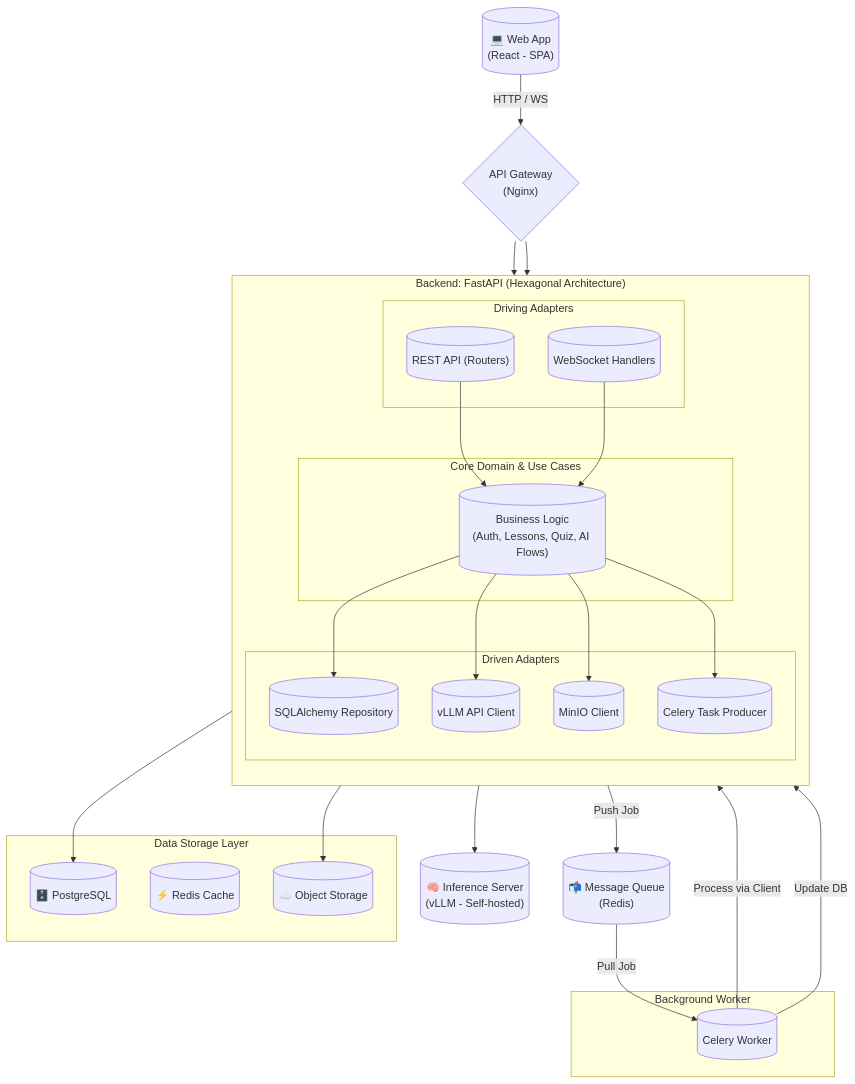
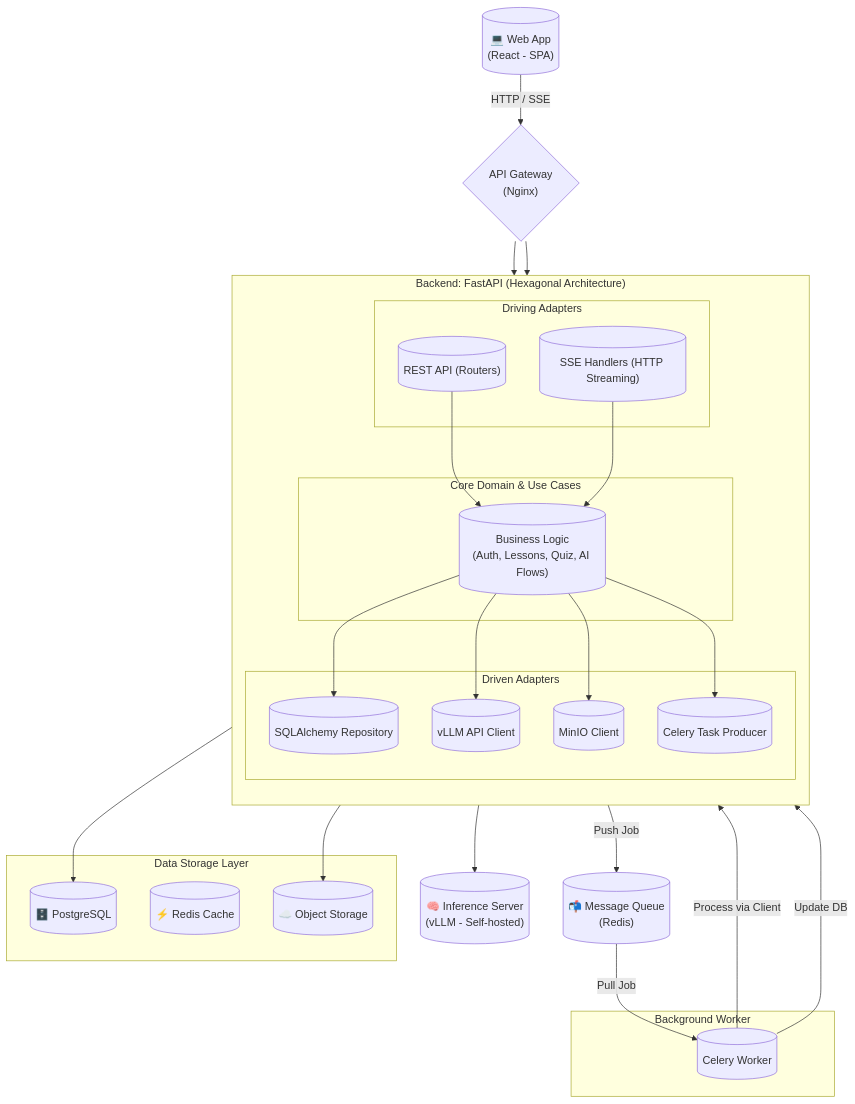
One commit to Cong-ty-TNNH-Q-Tech/Q-School changed the diagram in docs/architecture/high_level_design.md. Above: the diagram before and after it, drawn with Mermaid. The commit also changed other lines of this file and 2 other files, not shown here.

Commit message:
docs(architecture): apply scale and stability fixes including 429 rate limits, cursor pagination, SSE sync, and HNSW indexes

````diff
--- a/docs/architecture/high_level_design.md
+++ b/docs/architecture/high_level_design.md
@@ -53,64 +53,64 @@
 ```mermaid
 flowchart TD
     %% Clients
     ClientWeb[("💻 Web App\n(React - SPA)")]
 
     %% Gateway
     Gateway{"API Gateway\n(Nginx)"}
 
     %% Backend Monolith (Hexagonal)
     subgraph FastAPI_Backend ["Backend: FastAPI (Hexagonal Architecture)"]
         direction TB
         subgraph Primary ["Driving Adapters"]
             REST[("REST API (Routers)")]
-            WS[("WebSocket Handlers")]
+            SSE[("SSE Handlers (HTTP Streaming)")]
         end
         
         subgraph Core ["Core Domain & Use Cases"]
             Logic[("Business Logic\n(Auth, Lessons, Quiz, AI Flows)")]
         end
         
         subgraph Secondary ["Driven Adapters"]
             DB_Adapter[("SQLAlchemy Repository")]
             LLM_Adapter[("vLLM API Client")]
             S3_Adapter[("MinIO Client")]
             Queue_Adapter[("Celery Task Producer")]
         end
         
         %% Internal Data Flow
-        REST & WS --> Logic
+        REST & SSE --> Logic
         Logic --> DB_Adapter & LLM_Adapter & S3_Adapter & Queue_Adapter
     end
 
     %% Async Worker
     subgraph Async_Worker ["Background Worker"]
         CeleryWorker[("Celery Worker")]
     end
 
     %% Internal Services
     Queue[("📬 Message Queue\n(Redis)")]
     vLLM_Server[("🧠 Inference Server\n(vLLM - Self-hosted)")]
 
     %% Databases
     subgraph DataLayer ["Data Storage Layer"]
         Postgres[(🗄️ PostgreSQL)]
         RedisCache[(⚡ Redis Cache)]
         S3[(☁️ Object Storage)]
     end
 
     %% Connections
-    ClientWeb -->|HTTP / WS| Gateway
-    Gateway --> REST & WS
+    ClientWeb -->|HTTP / SSE| Gateway
+    Gateway --> REST & SSE
 
     DB_Adapter --> Postgres
     S3_Adapter --> S3
     
     %% AI Flow
     LLM_Adapter --> vLLM_Server
     
     %% Async Flow
     Queue_Adapter -->|Push Job| Queue
     Queue -->|Pull Job| CeleryWorker
     CeleryWorker -->|Process via Client| LLM_Adapter
     CeleryWorker -->|Update DB| DB_Adapter
 ```
````
